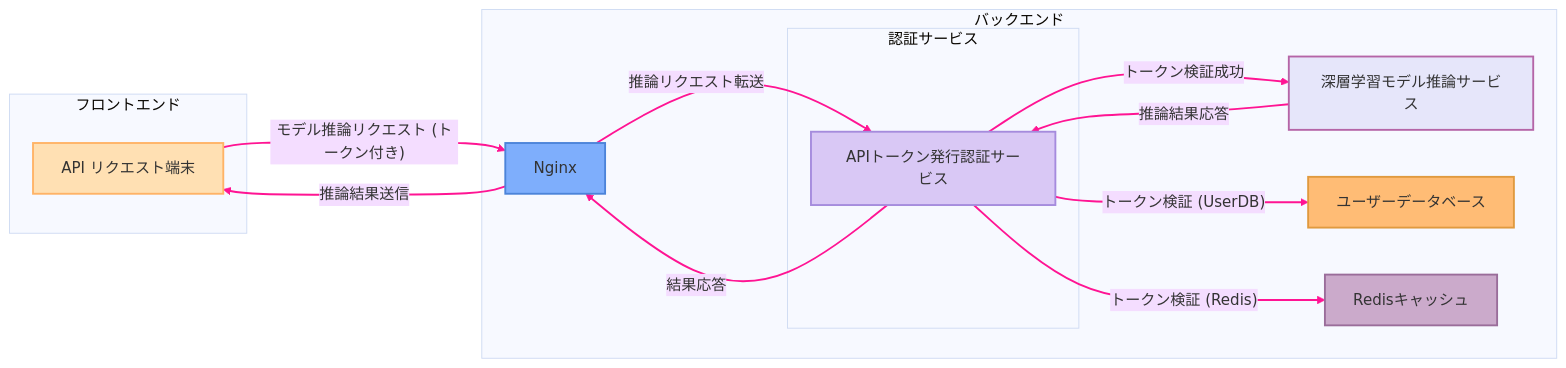
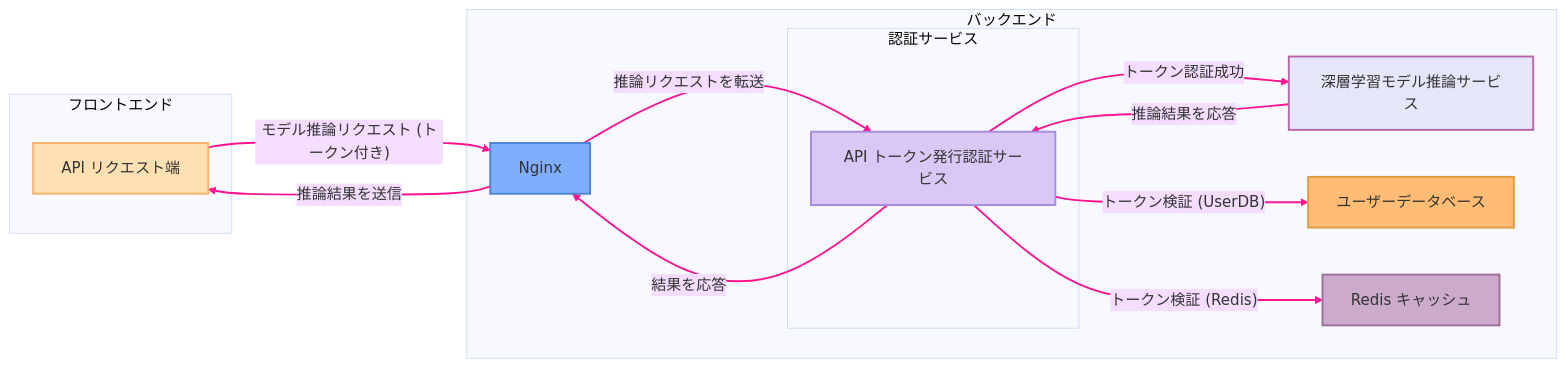
The fourth of 6 diagrams in i18n/ja/docusaurus-plugin-content-blog/2025/03-16-builds-dashboard-system/index.md (DocsaidLab/website), drawn with Mermaid (base theme) before and after one commit. The commit also changed other lines of this file and 2 other files, not shown here.

````diff
--- a/i18n/ja/docusaurus-plugin-content-blog/2025/03-16-builds-dashboard-system/index.md
+++ b/i18n/ja/docusaurus-plugin-content-blog/2025/03-16-builds-dashboard-system/index.md
@@ -289,42 +342,43 @@
 ```mermaid
 graph LR
     subgraph フロントエンド
-        apiClient[API リクエスト端末]
+        apiClient[API リクエスト端]
     end
 
     subgraph バックエンド
         Nginx[Nginx]
         subgraph 認証サービス
-            APIToken[APIトークン発行認証サービス]
+            APIToken[API トークン発行認証サービス]
         end
         ModelService[深層学習モデル推論サービス]
         UserDB[ユーザーデータベース]
-        Redis[Redisキャッシュ]
+        Redis[Redis キャッシュ]
     end
 
     apiClient -- "モデル推論リクエスト (トークン付き)" --> Nginx
-    Nginx -- "推論リクエスト転送" --> APIToken
+    Nginx -- "推論リクエストを転送" --> APIToken
     APIToken -- "トークン検証 (Redis)" --> Redis
     APIToken -- "トークン検証 (UserDB)" --> UserDB
-    APIToken -- "トークン検証成功" --> ModelService
-    ModelService -- "推論結果応答" --> APIToken
-    APIToken -- "結果応答" --> Nginx
-    Nginx -- "推論結果送信" --> apiClient
+    APIToken -- "トークン認証成功" --> ModelService
+    ModelService -- "推論結果を応答" --> APIToken
+    APIToken -- "結果を応答" --> Nginx
+    Nginx -- "推論結果を送信" --> apiClient
 
-    %% 線をピンクに変更
+    %% 線をピンク色に変更
     linkStyle 0 stroke:#ff1493,stroke-width:2px
     linkStyle 1 stroke:#ff1493,stroke-width:2px
     linkStyle 2 stroke:#ff1493,stroke-width:2px
     linkStyle 3 stroke:#ff1493,stroke-width:2px
     linkStyle 4 stroke:#ff1493,stroke-width:2px
     linkStyle 5 stroke:#ff1493,stroke-width:2px
     linkStyle 6 stroke:#ff1493,stroke-width:2px
     linkStyle 7 stroke:#ff1493,stroke-width:2px
-    %% ノードのスタイル (必要に応じて保持または変更)
+
+    %% ノードスタイル（必要に応じて変更）
     style apiClient fill:#ffe0b3,stroke:#ffb366,stroke-width:2px
     style Nginx fill:#7eaefc,stroke:#4c84d9,stroke-width:2px
     style APIToken fill:#d9c8f5,stroke:#a58bdd,stroke-width:2px
     style ModelService fill:#e6e6fa,stroke:#b565a7,stroke-width:2px
     style UserDB fill:#ffbc75,stroke:#e09a3f,stroke-width:2px
     style Redis fill:#cbaacb,stroke:#9a6d9a,stroke-width:2px
 ```
````
